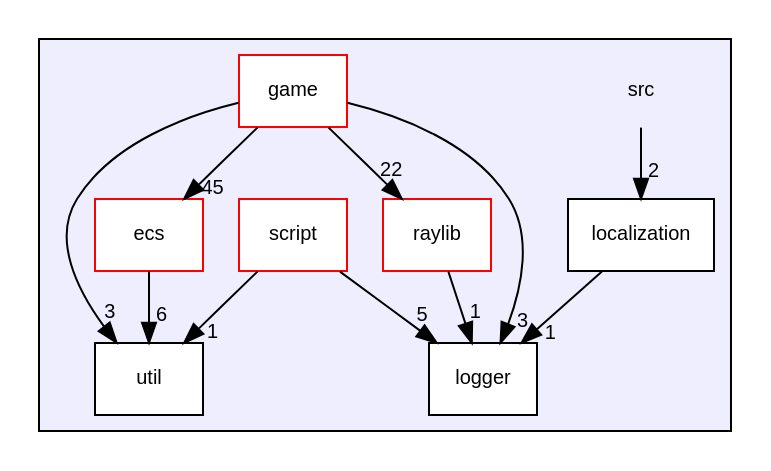
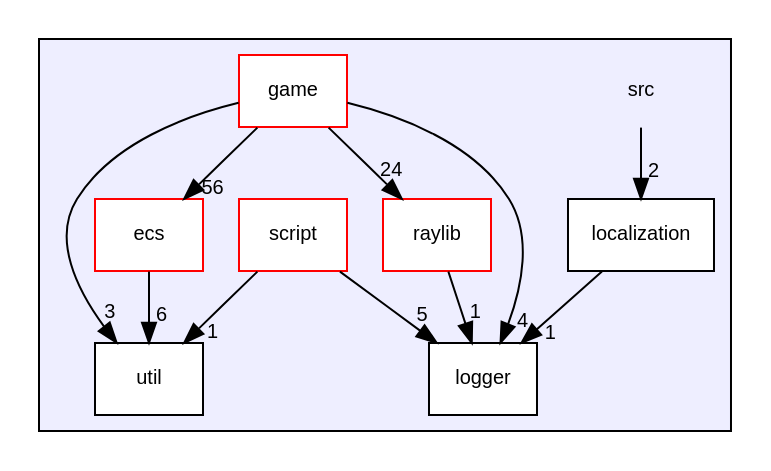
Before and after one commit to MisterPeModder/Bomberman-Global-Offensive: the diagram in dir_68267d1309a1af8e8297ef4c3efbcdba_dep.dot, drawn with Graphviz. The commit also changed 463 other files, not shown here.

```diff
--- a/dir_68267d1309a1af8e8297ef4c3efbcdba_dep.dot
+++ b/dir_68267d1309a1af8e8297ef4c3efbcdba_dep.dot
@@ -1,26 +1,26 @@
 digraph "src" {
   compound=true
   node [ fontsize="10", fontname="Helvetica"];
   edge [ labelfontsize="10", labelfontname="Helvetica"];
   subgraph clusterdir_68267d1309a1af8e8297ef4c3efbcdba {
     graph [ bgcolor="#eeeeff", pencolor="black", label="" URL="dir_68267d1309a1af8e8297ef4c3efbcdba.html"];
     dir_68267d1309a1af8e8297ef4c3efbcdba [shape=plaintext label="src"];
     dir_ddca5f149c4ce13074f28b270e950ba9 [shape=box label="ecs" color="red" fillcolor="white" style="filled" URL="dir_ddca5f149c4ce13074f28b270e950ba9.html"];
     dir_1699be727a800b1d059c6f7f2b91d2ee [shape=box label="game" color="red" fillcolor="white" style="filled" URL="dir_1699be727a800b1d059c6f7f2b91d2ee.html"];
     dir_502e2e551a70cf7978464aef90fcfcf1 [shape=box label="localization" color="black" fillcolor="white" style="filled" URL="dir_502e2e551a70cf7978464aef90fcfcf1.html"];
     dir_ffde1fbcaa8d6b0d34e29c3bddf7a801 [shape=box label="logger" color="black" fillcolor="white" style="filled" URL="dir_ffde1fbcaa8d6b0d34e29c3bddf7a801.html"];
     dir_d4cc5f0b3cfddd1b0952a9e00053f649 [shape=box label="raylib" color="red" fillcolor="white" style="filled" URL="dir_d4cc5f0b3cfddd1b0952a9e00053f649.html"];
     dir_fe414d616bd0c4668e6515f48824338f [shape=box label="script" color="red" fillcolor="white" style="filled" URL="dir_fe414d616bd0c4668e6515f48824338f.html"];
     dir_b7878ad5ecbf2506f4125b9d34c97e45 [shape=box label="util" color="black" fillcolor="white" style="filled" URL="dir_b7878ad5ecbf2506f4125b9d34c97e45.html"];
   }
-  dir_68267d1309a1af8e8297ef4c3efbcdba->dir_502e2e551a70cf7978464aef90fcfcf1 [headlabel="2", labeldistance=1.5 headhref="dir_000000_000020.html"];
-  dir_fe414d616bd0c4668e6515f48824338f->dir_b7878ad5ecbf2506f4125b9d34c97e45 [headlabel="1", labeldistance=1.5 headhref="dir_000022_000024.html"];
-  dir_fe414d616bd0c4668e6515f48824338f->dir_ffde1fbcaa8d6b0d34e29c3bddf7a801 [headlabel="5", labeldistance=1.5 headhref="dir_000022_000021.html"];
-  dir_ddca5f149c4ce13074f28b270e950ba9->dir_b7878ad5ecbf2506f4125b9d34c97e45 [headlabel="6", labeldistance=1.5 headhref="dir_000001_000024.html"];
-  dir_d4cc5f0b3cfddd1b0952a9e00053f649->dir_ffde1fbcaa8d6b0d34e29c3bddf7a801 [headlabel="1", labeldistance=1.5 headhref="dir_000010_000021.html"];
-  dir_502e2e551a70cf7978464aef90fcfcf1->dir_ffde1fbcaa8d6b0d34e29c3bddf7a801 [headlabel="1", labeldistance=1.5 headhref="dir_000020_000021.html"];
-  dir_1699be727a800b1d059c6f7f2b91d2ee->dir_b7878ad5ecbf2506f4125b9d34c97e45 [headlabel="3", labeldistance=1.5 headhref="dir_000007_000024.html"];
-  dir_1699be727a800b1d059c6f7f2b91d2ee->dir_ffde1fbcaa8d6b0d34e29c3bddf7a801 [headlabel="3", labeldistance=1.5 headhref="dir_000007_000021.html"];
-  dir_1699be727a800b1d059c6f7f2b91d2ee->dir_ddca5f149c4ce13074f28b270e950ba9 [headlabel="45", labeldistance=1.5 headhref="dir_000007_000001.html"];
-  dir_1699be727a800b1d059c6f7f2b91d2ee->dir_d4cc5f0b3cfddd1b0952a9e00053f649 [headlabel="22", labeldistance=1.5 headhref="dir_000007_000010.html"];
+  dir_68267d1309a1af8e8297ef4c3efbcdba->dir_502e2e551a70cf7978464aef90fcfcf1 [headlabel="2", labeldistance=1.5 headhref="dir_000000_000021.html"];
+  dir_fe414d616bd0c4668e6515f48824338f->dir_b7878ad5ecbf2506f4125b9d34c97e45 [headlabel="1", labeldistance=1.5 headhref="dir_000023_000025.html"];
+  dir_fe414d616bd0c4668e6515f48824338f->dir_ffde1fbcaa8d6b0d34e29c3bddf7a801 [headlabel="5", labeldistance=1.5 headhref="dir_000023_000022.html"];
+  dir_ddca5f149c4ce13074f28b270e950ba9->dir_b7878ad5ecbf2506f4125b9d34c97e45 [headlabel="6", labeldistance=1.5 headhref="dir_000001_000025.html"];
+  dir_d4cc5f0b3cfddd1b0952a9e00053f649->dir_ffde1fbcaa8d6b0d34e29c3bddf7a801 [headlabel="1", labeldistance=1.5 headhref="dir_000010_000022.html"];
+  dir_502e2e551a70cf7978464aef90fcfcf1->dir_ffde1fbcaa8d6b0d34e29c3bddf7a801 [headlabel="1", labeldistance=1.5 headhref="dir_000021_000022.html"];
+  dir_1699be727a800b1d059c6f7f2b91d2ee->dir_b7878ad5ecbf2506f4125b9d34c97e45 [headlabel="3", labeldistance=1.5 headhref="dir_000007_000025.html"];
+  dir_1699be727a800b1d059c6f7f2b91d2ee->dir_ffde1fbcaa8d6b0d34e29c3bddf7a801 [headlabel="4", labeldistance=1.5 headhref="dir_000007_000022.html"];
+  dir_1699be727a800b1d059c6f7f2b91d2ee->dir_ddca5f149c4ce13074f28b270e950ba9 [headlabel="56", labeldistance=1.5 headhref="dir_000007_000001.html"];
+  dir_1699be727a800b1d059c6f7f2b91d2ee->dir_d4cc5f0b3cfddd1b0952a9e00053f649 [headlabel="24", labeldistance=1.5 headhref="dir_000007_000010.html"];
 }
```
